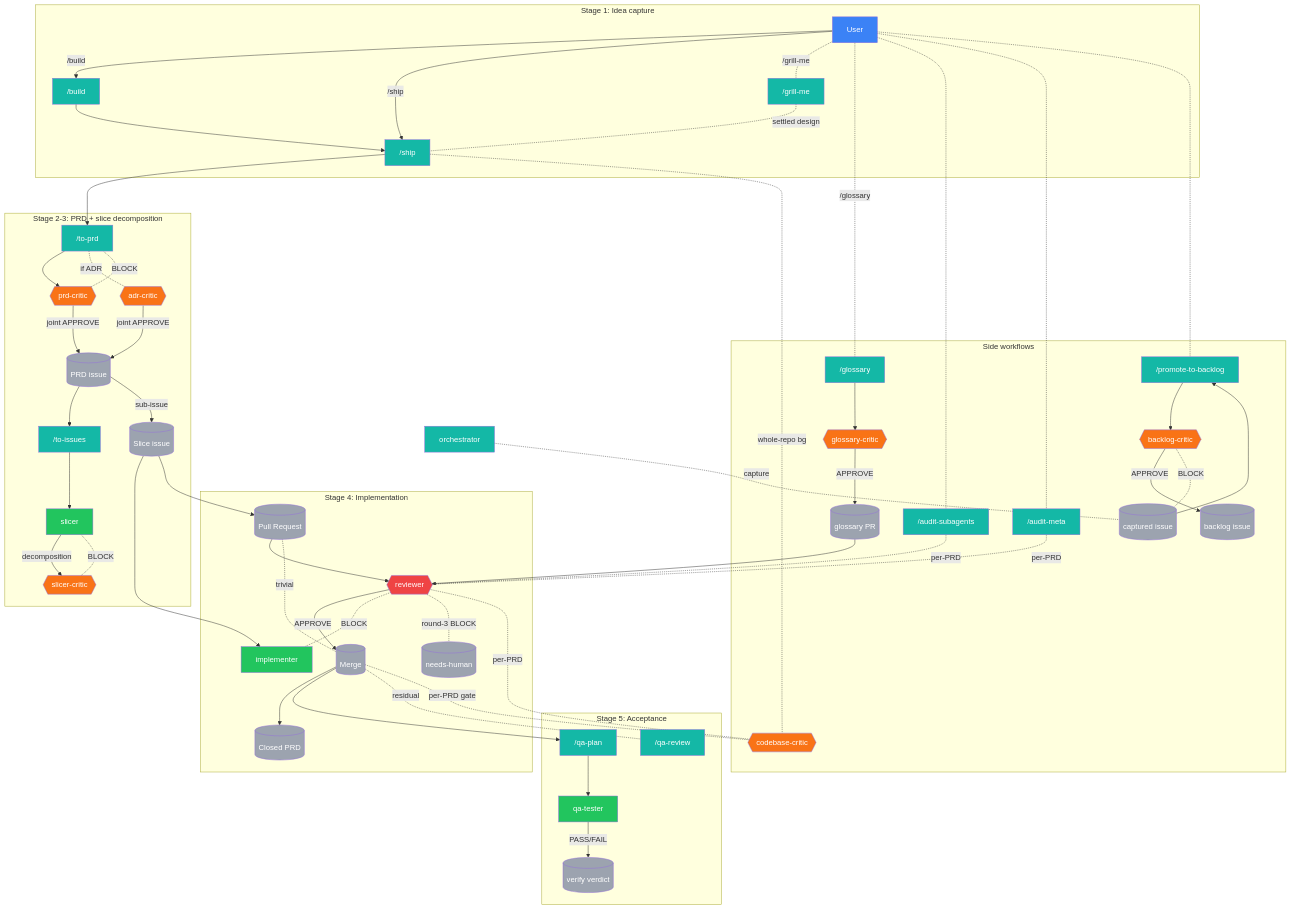
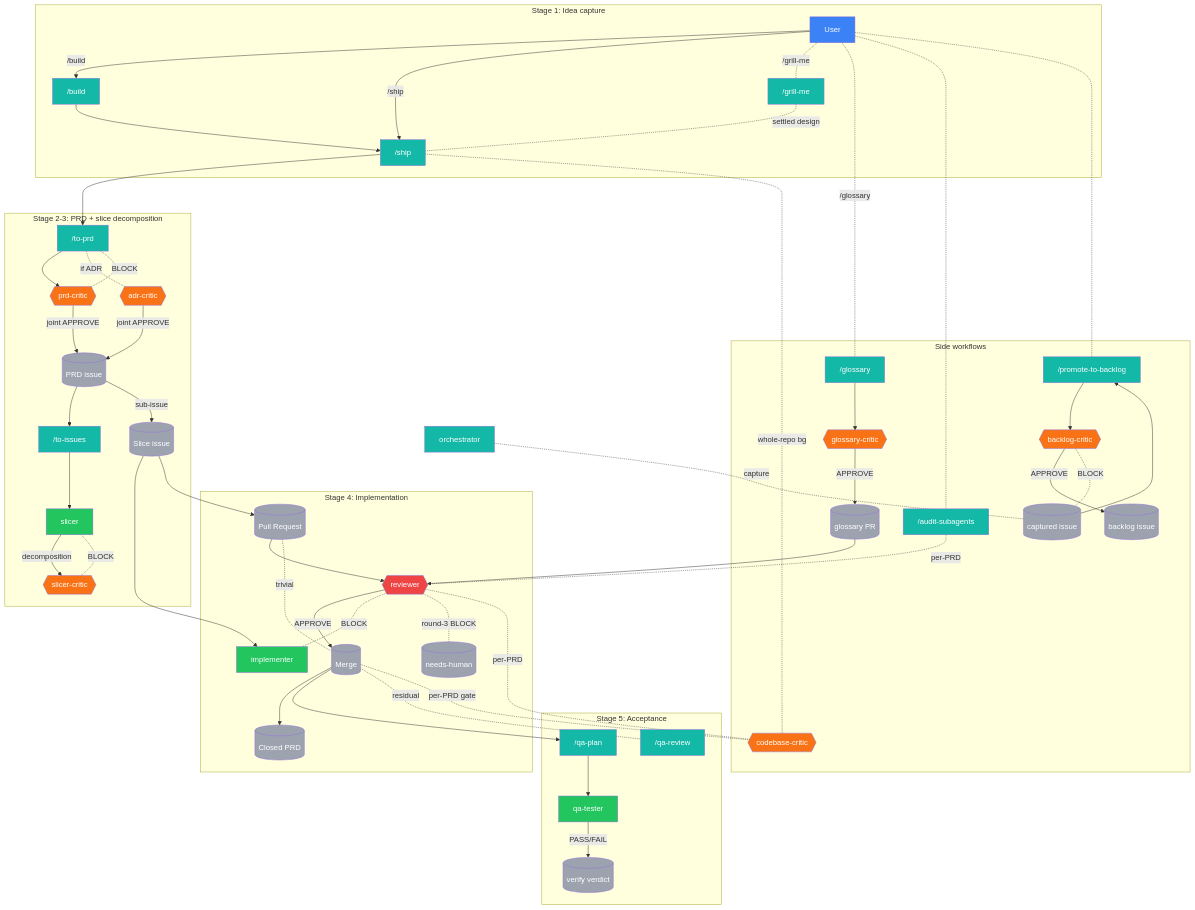
The diagram in README.md (vojtech-stas/project-claude), drawn with Mermaid before and after one commit. The commit also changed other lines of this file and 3 other files, not shown here.

```diff
--- a/README.md
+++ b/README.md
@@ -165,7 +165,6 @@
   subgraph SS["Side workflows"]
     glossary["/glossary"]
     promote_to_backlog["/promote-to-backlog"]
-    audit_meta["/audit-meta"]
     audit_subagents["/audit-subagents"]
     glossary_critic{{glossary-critic}}
     backlog_critic{{backlog-critic}}
@@ -211,8 +210,6 @@
   glossary_pr --> reviewer
   user -.- audit_subagents
   audit_subagents -.per-PRD.- reviewer
-  user -.- audit_meta
-  audit_meta -.per-PRD.- reviewer
   orchestrator -.capture.- captured_issue
   user -.- promote_to_backlog
   captured_issue --> promote_to_backlog
@@ -226,7 +223,7 @@
   classDef reviewer_cls fill:#ef4444,color:#fff
   classDef artifact fill:#9ca3af,color:#fff
   class user human
-  class audit_meta,audit_subagents,build,glossary,grill_me,orchestrator,promote_to_backlog,qa_plan,qa_review,ship,to_issues,to_prd skill
+  class audit_subagents,build,glossary,grill_me,orchestrator,promote_to_backlog,qa_plan,qa_review,ship,to_issues,to_prd skill
   class implementer,qa_tester,slicer gen
   class adr_critic,backlog_critic,codebase_critic,glossary_critic,prd_critic,slicer_critic critic
   class reviewer reviewer_cls
```
